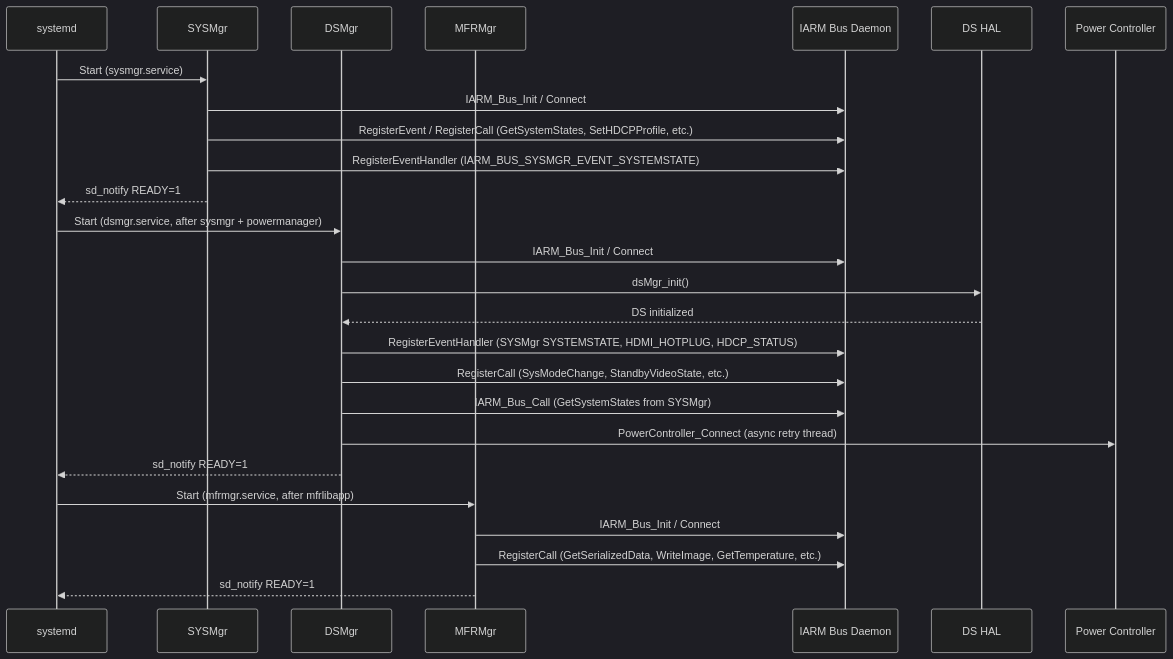
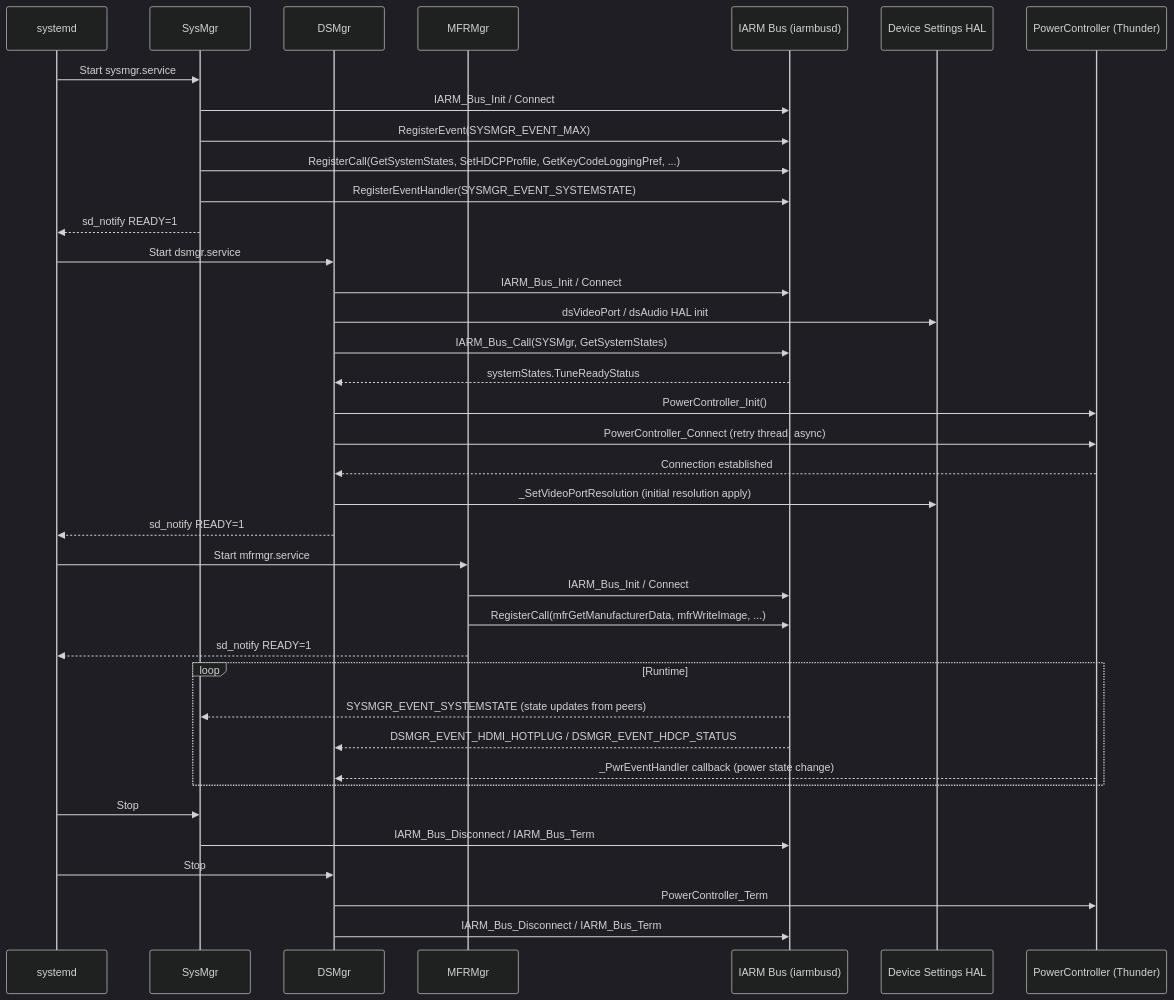
The third of 7 diagrams in docs/docu/RDKV-Documentations/iarmmgrs.md (rns21/RDK_Documentation), drawn with Mermaid (dark theme) before and after one commit. The commit also changed other lines of this file, not shown here.

````diff
--- a/docs/docu/RDKV-Documentations/iarmmgrs.md
+++ b/docs/docu/RDKV-Documentations/iarmmgrs.md
@@ -161,31 +181,46 @@
 ```mermaid
 sequenceDiagram
     participant System as systemd
-    participant SYSMgr as SYSMgr
+    participant SYSMgr as SysMgr
     participant DSMgr as DSMgr
     participant MFRMgr as MFRMgr
-    participant IARM as IARM Bus Daemon
-    participant DSHAL as DS HAL
-    participant PwrCtrl as Power Controller
+    participant IARM as IARM Bus (iarmbusd)
+    participant DS as Device Settings HAL
+    participant PWR as PowerController (Thunder)
 
-    System->>SYSMgr: Start (sysmgr.service)
+    System->>SYSMgr: Start sysmgr.service
     SYSMgr->>IARM: IARM_Bus_Init / Connect
-    SYSMgr->>IARM: RegisterEvent / RegisterCall (GetSystemStates, SetHDCPProfile, etc.)
-    SYSMgr->>IARM: RegisterEventHandler (IARM_BUS_SYSMGR_EVENT_SYSTEMSTATE)
+    SYSMgr->>IARM: RegisterEvent(SYSMGR_EVENT_MAX)
+    SYSMgr->>IARM: RegisterCall(GetSystemStates, SetHDCPProfile, GetKeyCodeLoggingPref, ...)
+    SYSMgr->>IARM: RegisterEventHandler(SYSMGR_EVENT_SYSTEMSTATE)
     SYSMgr-->>System: sd_notify READY=1
 
-    System->>DSMgr: Start (dsmgr.service, after sysmgr + powermanager)
+    System->>DSMgr: Start dsmgr.service
     DSMgr->>IARM: IARM_Bus_Init / Connect
-    DSMgr->>DSHAL: dsMgr_init()
-    DSHAL-->>DSMgr: DS initialized
-    DSMgr->>IARM: RegisterEventHandler (SYSMgr SYSTEMSTATE, HDMI_HOTPLUG, HDCP_STATUS)
-    DSMgr->>IARM: RegisterCall (SysModeChange, StandbyVideoState, etc.)
-    DSMgr->>IARM: IARM_Bus_Call (GetSystemStates from SYSMgr)
-    DSMgr->>PwrCtrl: PowerController_Connect (async retry thread)
+    DSMgr->>DS: dsVideoPort / dsAudio HAL init
+    DSMgr->>IARM: IARM_Bus_Call(SYSMgr, GetSystemStates)
+    IARM-->>DSMgr: systemStates.TuneReadyStatus
+    DSMgr->>PWR: PowerController_Init()
+    DSMgr->>PWR: PowerController_Connect (retry thread, async)
+    PWR-->>DSMgr: Connection established
+    DSMgr->>DS: _SetVideoPortResolution (initial resolution apply)
     DSMgr-->>System: sd_notify READY=1
 
-    System->>MFRMgr: Start (mfrmgr.service, after mfrlibapp)
+    System->>MFRMgr: Start mfrmgr.service
     MFRMgr->>IARM: IARM_Bus_Init / Connect
-    MFRMgr->>IARM: RegisterCall (GetSerializedData, WriteImage, GetTemperature, etc.)
+    MFRMgr->>IARM: RegisterCall(mfrGetManufacturerData, mfrWriteImage, ...)
     MFRMgr-->>System: sd_notify READY=1
+
+    loop Runtime
+        IARM-->>SYSMgr: SYSMGR_EVENT_SYSTEMSTATE (state updates from peers)
+        IARM-->>DSMgr: DSMGR_EVENT_HDMI_HOTPLUG / DSMGR_EVENT_HDCP_STATUS
+        PWR-->>DSMgr: _PwrEventHandler callback (power state change)
+    end
+
+    System->>SYSMgr: Stop
+    SYSMgr->>IARM: IARM_Bus_Disconnect / IARM_Bus_Term
+
+    System->>DSMgr: Stop
+    DSMgr->>PWR: PowerController_Term
+    DSMgr->>IARM: IARM_Bus_Disconnect / IARM_Bus_Term
 ```
````
